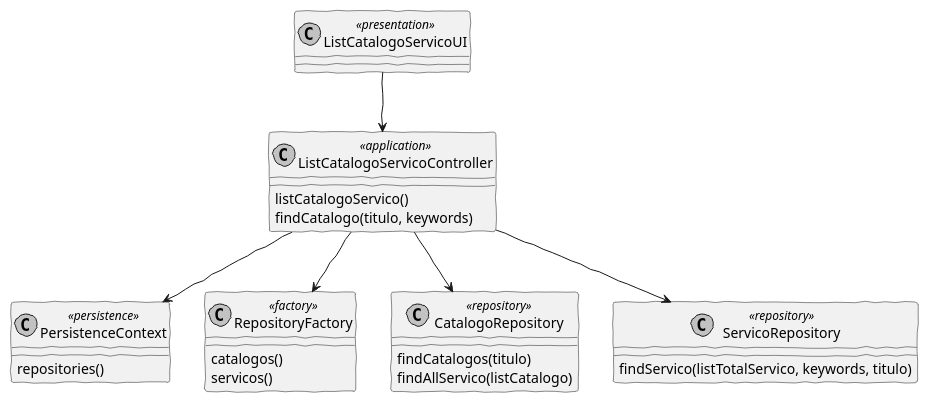
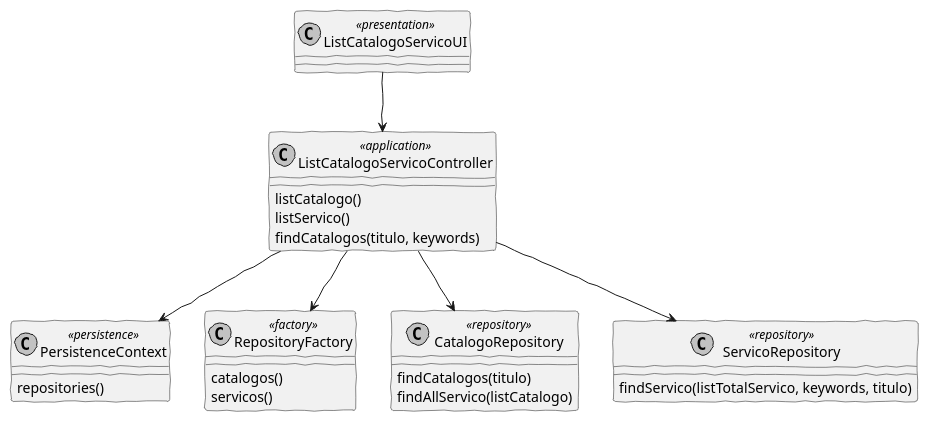
Before and after one commit to pedrolemos4/LAPR4: the diagram in docs/US3001/CD3001.puml, drawn with PlantUML. The commit also changed 3 other files, not shown here.

```diff
--- a/docs/US3001/CD3001.puml
+++ b/docs/US3001/CD3001.puml
@@ -1,33 +1,35 @@
 @startuml
 'http://plantuml.com/skinparam.html
 skinparam handwritten true
 skinparam monochrome true
 skinparam packageStyle rect
 skinparam defaultFontName FG Virgil
 skinparam shadowing false
 
 class ListCatalogoServicoUI <<presentation>>
 class ListCatalogoServicoController <<application>>
 class PersistenceContext <<persistence>>
 class RepositoryFactory <<factory>>
 class CatalogoRepository <<repository>>
 class ServicoRepository <<repository>>
 
 
 ListCatalogoServicoUI --> ListCatalogoServicoController
-ListCatalogoServicoController : listCatalogoServico()
-ListCatalogoServicoController : findCatalogo(titulo, keywords)
+ListCatalogoServicoController : listCatalogo()
+ListCatalogoServicoController : listServico()
+
+ListCatalogoServicoController : findCatalogos(titulo, keywords)
 
 ListCatalogoServicoController --> CatalogoRepository
 ListCatalogoServicoController --> ServicoRepository
 ListCatalogoServicoController --> PersistenceContext
 PersistenceContext : repositories()
 ListCatalogoServicoController --> RepositoryFactory
 RepositoryFactory : catalogos()
 RepositoryFactory : servicos()
 
 CatalogoRepository : findCatalogos(titulo)
 CatalogoRepository : findAllServico(listCatalogo)
 
 ServicoRepository : findServico(listTotalServico, keywords, titulo)
 @enduml
```
